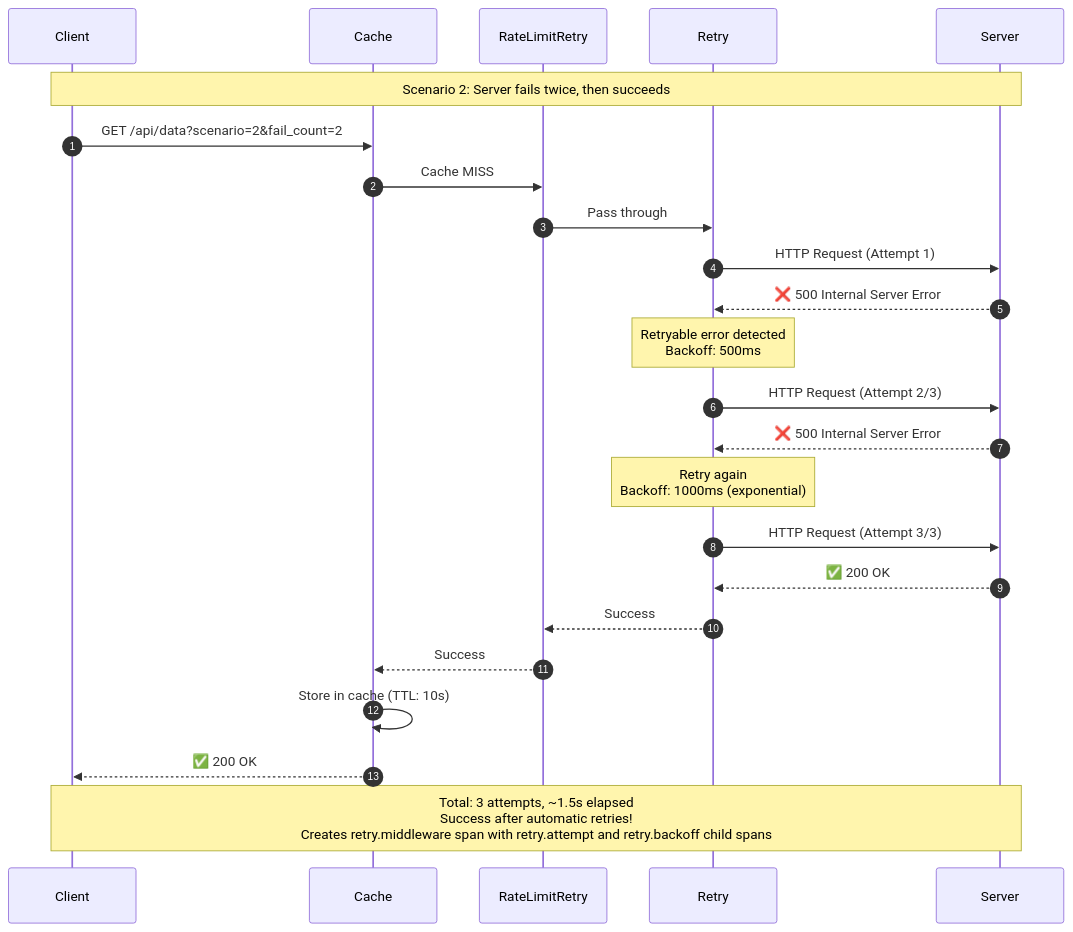
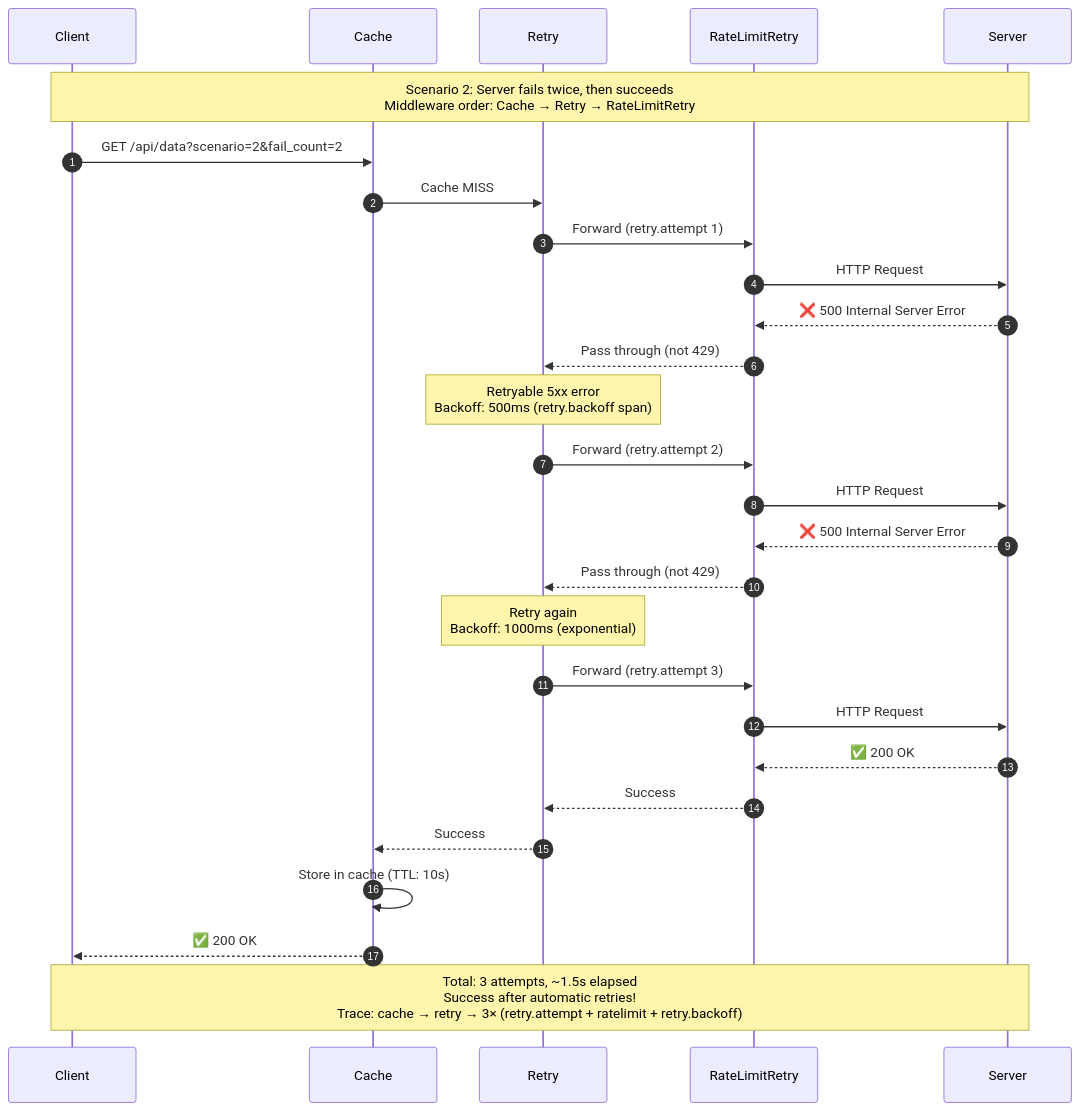
Before and after one commit to halyph/mindflow-http-middleware-patterns: the diagram in diagrams/scenario-2-retry-demo.md, drawn with Mermaid. The commit also changed 11 other files, not shown here.

Commit message:
updated middleware order

````diff
--- a/diagrams/scenario-2-retry-demo.md
+++ b/diagrams/scenario-2-retry-demo.md
@@ -3,34 +3,38 @@
 ```mermaid
 sequenceDiagram
     autonumber
     participant Client
     participant Cache
+    participant Retry
     participant RateLimitRetry
-    participant Retry
     participant Server
 
-    Note over Client,Server: Scenario 2: Server fails twice, then succeeds
+    Note over Client,Server: Scenario 2: Server fails twice, then succeeds<br/>Middleware order: Cache → Retry → RateLimitRetry
 
     %% Attempt 1 - First Failure
     Client->>Cache: GET /api/data?scenario=2&fail_count=2
-    Cache->>RateLimitRetry: Cache MISS
-    RateLimitRetry->>Retry: Pass through
-    Retry->>Server: HTTP Request (Attempt 1)
-    Server-->>Retry: ❌ 500 Internal Server Error
-    Note over Retry: Retryable error detected<br/>Backoff: 500ms
+    Cache->>Retry: Cache MISS
+    Retry->>RateLimitRetry: Forward (retry.attempt 1)
+    RateLimitRetry->>Server: HTTP Request
+    Server-->>RateLimitRetry: ❌ 500 Internal Server Error
+    RateLimitRetry-->>Retry: Pass through (not 429)
+    Note over Retry: Retryable 5xx error<br/>Backoff: 500ms (retry.backoff span)
 
     %% Attempt 2 - Second Failure
-    Retry->>Server: HTTP Request (Attempt 2/3)
-    Server-->>Retry: ❌ 500 Internal Server Error
+    Retry->>RateLimitRetry: Forward (retry.attempt 2)
+    RateLimitRetry->>Server: HTTP Request
+    Server-->>RateLimitRetry: ❌ 500 Internal Server Error
+    RateLimitRetry-->>Retry: Pass through (not 429)
     Note over Retry: Retry again<br/>Backoff: 1000ms (exponential)
 
     %% Attempt 3 - Success
-    Retry->>Server: HTTP Request (Attempt 3/3)
-    Server-->>Retry: ✅ 200 OK
-    Retry-->>RateLimitRetry: Success
-    RateLimitRetry-->>Cache: Success
+    Retry->>RateLimitRetry: Forward (retry.attempt 3)
+    RateLimitRetry->>Server: HTTP Request
+    Server-->>RateLimitRetry: ✅ 200 OK
+    RateLimitRetry-->>Retry: Success
+    Retry-->>Cache: Success
     Cache->>Cache: Store in cache (TTL: 10s)
     Cache-->>Client: ✅ 200 OK
 
-    Note over Client,Server: Total: 3 attempts, ~1.5s elapsed<br/>Success after automatic retries!<br/>Creates retry.middleware span with retry.attempt and retry.backoff child spans
+    Note over Client,Server: Total: 3 attempts, ~1.5s elapsed<br/>Success after automatic retries!<br/>Trace: cache → retry → 3× (retry.attempt + ratelimit + retry.backoff)
 ```
````
